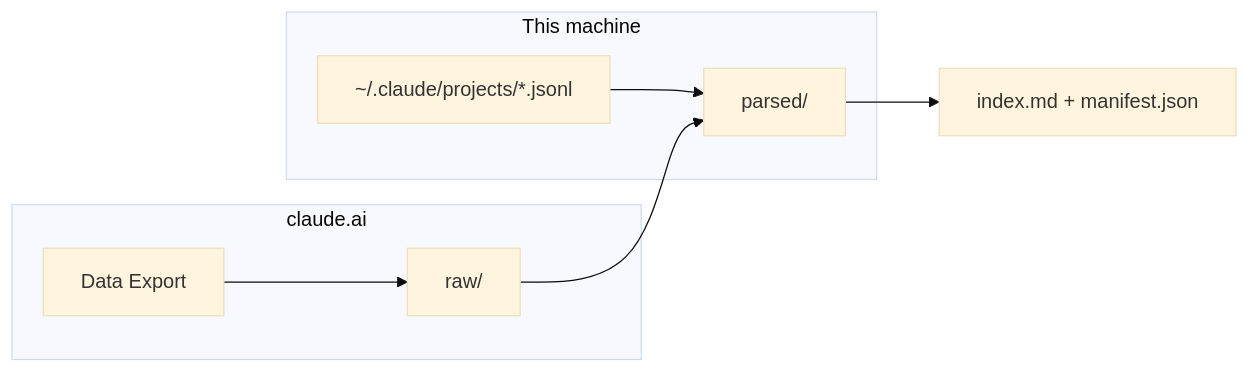
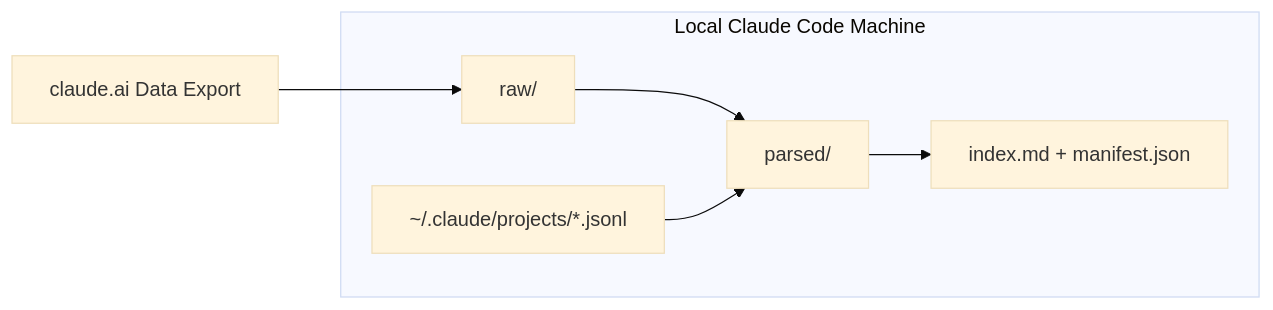
The diagram in README.md (airudah2000/sync-claude-export), drawn with Mermaid (base theme) before and after one commit.

Commit message:
Fix README diagram labeling and layout
Renamed the "This machine" subgraph to "Local Claude Code Machine" and
moved raw/ into it too, since it lives on disk locally, not on
claude.ai's side. Only the export trigger itself stays outside the
subgraph now, which also removes the cross-subgraph edge that was
causing the misaligned layout.

````diff
--- a/README.md
+++ b/README.md
@@ -49,11 +49,9 @@
 ```mermaid
 flowchart LR
-    subgraph claude.ai
-        A[Data Export] --> B[raw/]
+    A[claude.ai Data Export] --> B[raw/]
+    subgraph "Local Claude Code Machine"
+        B --> D[parsed/]
+        C["~/.claude/projects/*.jsonl"] --> D
+        D --> E[index.md + manifest.json]
     end
-    subgraph "This machine"
-        C["~/.claude/projects/*.jsonl"] --> D[parsed/]
-        B --> D
-    end
-    D --> E[index.md + manifest.json]
 ```
````
